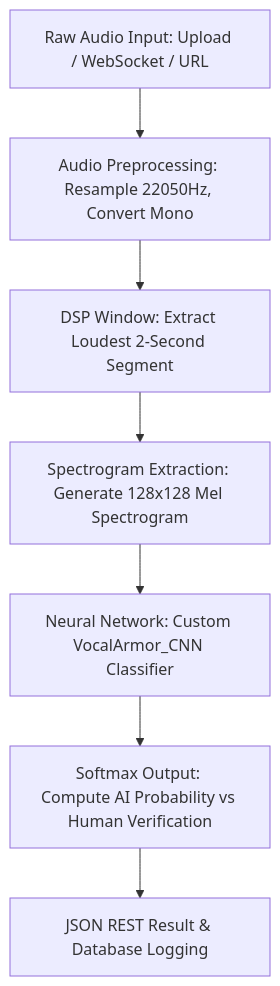
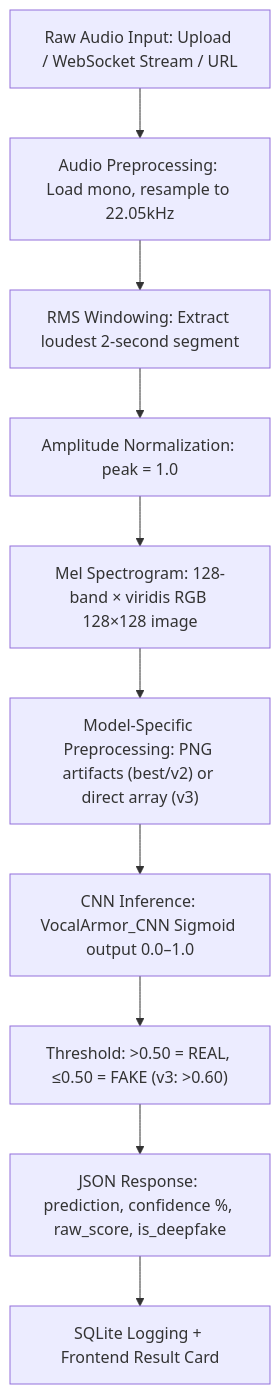
Before and after one commit to Surabhi0055/vocal-armor: the diagram in README.md, drawn with Mermaid. The commit also changed other lines of this file and 3 other files, not shown here.

````diff
--- a/README.md
+++ b/README.md
@@ -79,9 +108,12 @@
 ```mermaid
 graph TD
-    A[Raw Audio Input: Upload / WebSocket / URL] --> B[Audio Preprocessing: Resample 22050Hz, Convert Mono]
-    B --> C[DSP Window: Extract Loudest 2-Second Segment]
-    C --> D[Spectrogram Extraction: Generate 128x128 Mel Spectrogram]
-    D --> E[Neural Network: Custom VocalArmor_CNN Classifier]
-    E --> F[Softmax Output: Compute AI Probability vs Human Verification]
-    F --> G[JSON REST Result & Database Logging]
+    A["Raw Audio Input: Upload / WebSocket Stream / URL"] --> B["Audio Preprocessing: Load mono, resample to 22.05kHz"]
+    B --> C["RMS Windowing: Extract loudest 2-second segment"]
+    C --> D["Amplitude Normalization: peak = 1.0"]
+    D --> E["Mel Spectrogram: 128-band × viridis RGB 128×128 image"]
+    E --> F["Model-Specific Preprocessing: PNG artifacts (best/v2) or direct array (v3)"]
+    F --> G["CNN Inference: VocalArmor_CNN Sigmoid output 0.0–1.0"]
+    G --> H["Threshold: >0.50 = REAL, ≤0.50 = FAKE (v3: >0.60)"]
+    H --> I["JSON Response: prediction, confidence %, raw_score, is_deepfake"]
+    I --> J["SQLite Logging + Frontend Result Card"]
 ```
````
